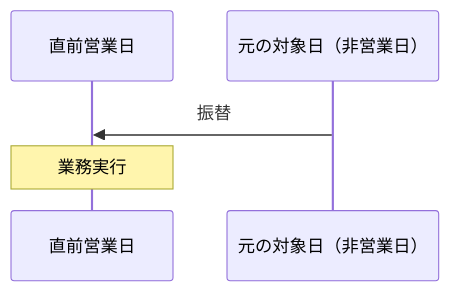
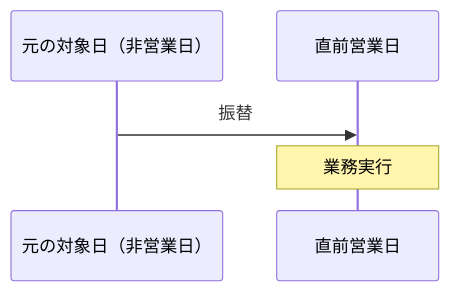
Diagram 13 of 20 in README.md (mkuwan/TaskManaging), drawn with Mermaid before and after one commit. The commit also changed other lines of this file and 6 other files, not shown here.

````diff
--- a/README.md
+++ b/README.md
@@ -780,7 +786,7 @@
 ```mermaid
 sequenceDiagram
-    participant A as 直前営業日
-    participant B as 元の対象日（非営業日）
-    B->>A: 振替
-    Note over A: 業務実行
+    participant A as 元の対象日（非営業日）
+    participant B as 直前営業日
+    A->>B: 振替
+    Note over B: 業務実行
 ```
````
